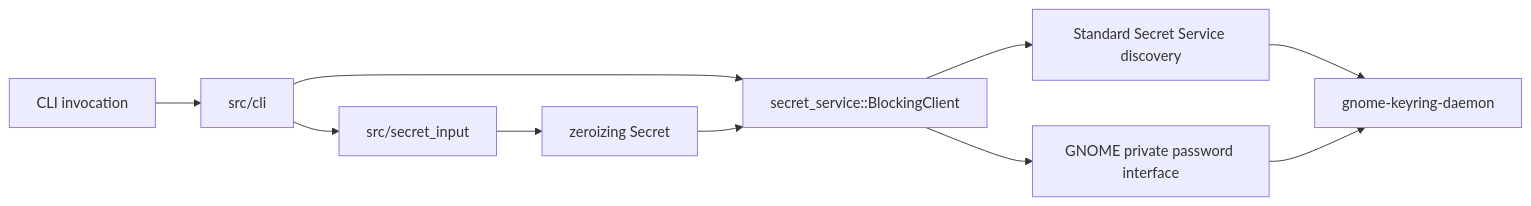
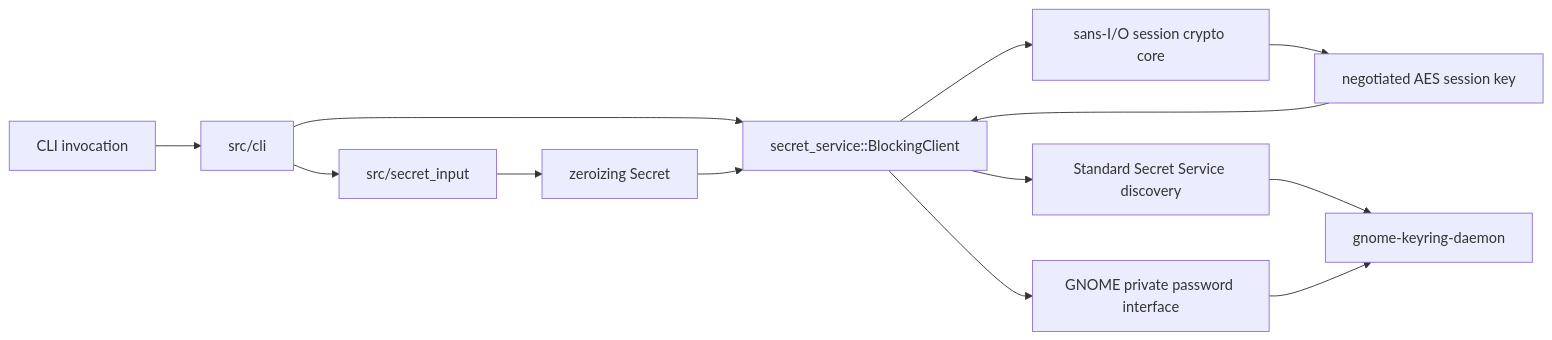
The diagram in doc/status.md (rektide/gmellon), drawn with Mermaid before and after one commit. The commit also changed other lines of this file and 1 other file, not shown here.

First line of the commit message:
Document the encrypted session in README and maintained status

````diff
--- a/doc/status.md
+++ b/doc/status.md
@@ -81,12 +95,15 @@
 ```mermaid
 flowchart LR
     User[CLI invocation] --> Cli[src/cli]
     Cli --> Input[src/secret_input]
     Cli --> Client[secret_service::BlockingClient]
     Input --> Secret[zeroizing Secret]
     Secret --> Client
+    Client --> Session[sans-I/O session crypto core]
+    Session --> Key[negotiated AES session key]
+    Key --> Client
     Client --> Standard[Standard Secret Service discovery]
     Client --> Private[GNOME private password interface]
     Standard --> Daemon[gnome-keyring-daemon]
     Private --> Daemon
 ```
````
